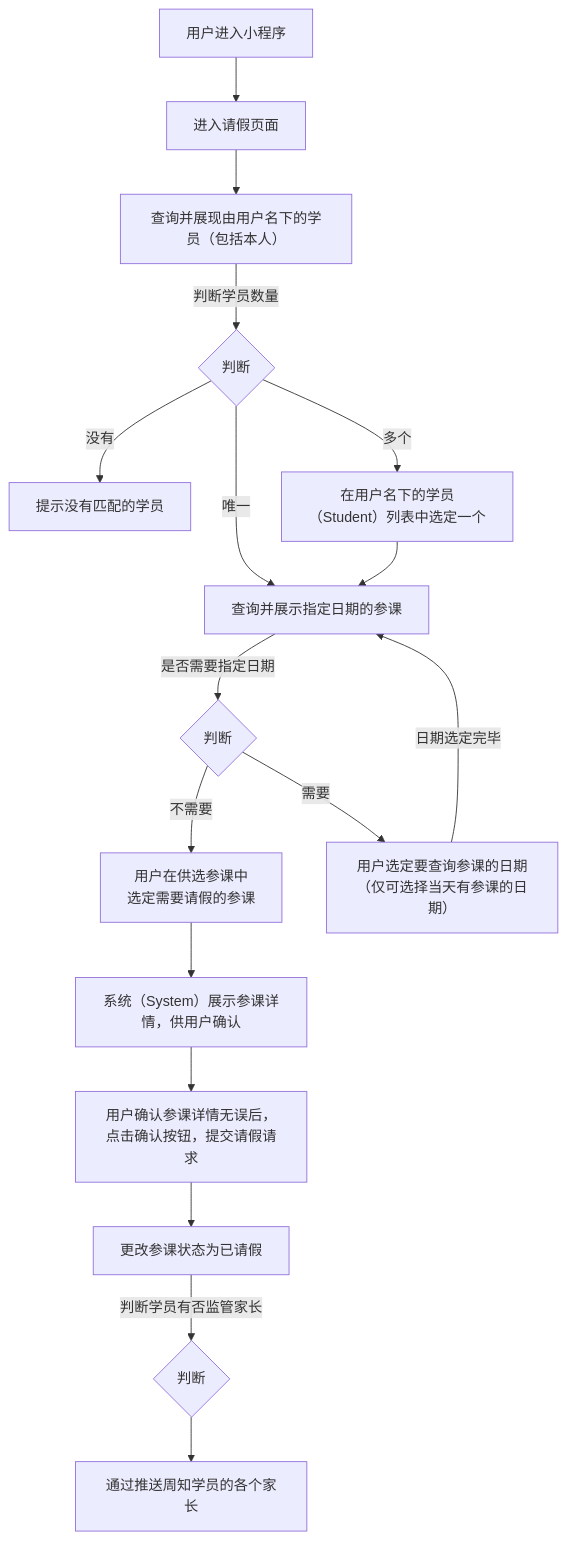
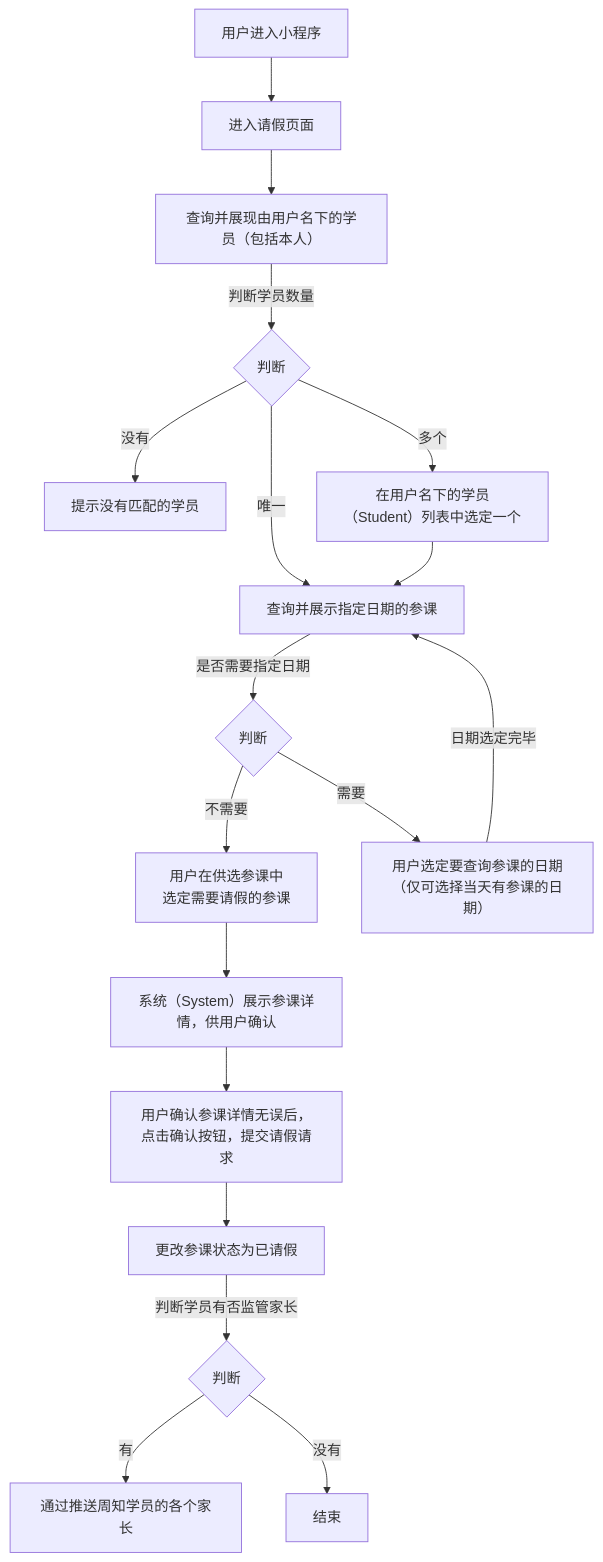
The diagram in 用例/请假.md (world-wide-web/sign), drawn with Mermaid before and after one commit. The commit also changed other lines of this file, not shown here.

````diff
--- a/用例/请假.md
+++ b/用例/请假.md
@@ -7,56 +7,58 @@
 ```mermaid
 graph TD
 
 进入小程序-->进入请假页面
 
 进入请假页面-->查询并展现由用户名下的学员
 
 查询并展现由用户名下的学员--判断学员数量-->判断学员数量
 
 判断学员数量--没有-->提示没有匹配的学员
 
 判断学员数量--唯一-->查询并展示指定日期的参课
 
 判断学员数量--多个-->选定学员
 
 选定学员-->查询并展示指定日期的参课
 
 查询并展示指定日期的参课--是否需要指定日期-->决定是否需要指定日期
 
 决定是否需要指定日期--不需要-->选定参课
 
 决定是否需要指定日期--需要-->选定日期
 
 选定日期--日期选定完毕-->查询并展示指定日期的参课
 
 选定参课-->展示参课详情
 
 展示参课详情-->提交请假请求
 
 提交请假请求-->更改参课状态为已请假
 
 更改参课状态为已请假--判断学员有否监管家长-->判断学员有否监管家长
 
-判断学员有否监管家长-->通过推送周知学员的各个家长
+判断学员有否监管家长--有-->通过推送周知学员的各个家长
+
+判断学员有否监管家长--没有-->结束
 
 进入小程序["<center>用户进入小程序</center>"]
 
 查询并展现由用户名下的学员["<center>查询并展现由用户名下的学员（包括本人）</center>"]
 
 判断学员数量{"<center>判断</center>"}
 
 选定学员["<center>在用户名下的学员（Student）列表中选定一个</center>"]
 
 决定是否需要指定日期{"<center>判断</center>"}
 
 选定日期["<center>用户选定要查询参课的日期<br>（仅可选择当天有参课的日期）</center>"]
 
 选定参课["<center>用户在供选参课中<br>选定需要请假的参课</center>"]
 
 展示参课详情["<center>系统（System）展示参课详情，供用户确认</center>"]
 
 提交请假请求["<center>用户确认参课详情无误后，点击确认按钮，提交请假请求</center>"]
 
 判断学员有否监管家长{判断}
 
 ```
````
